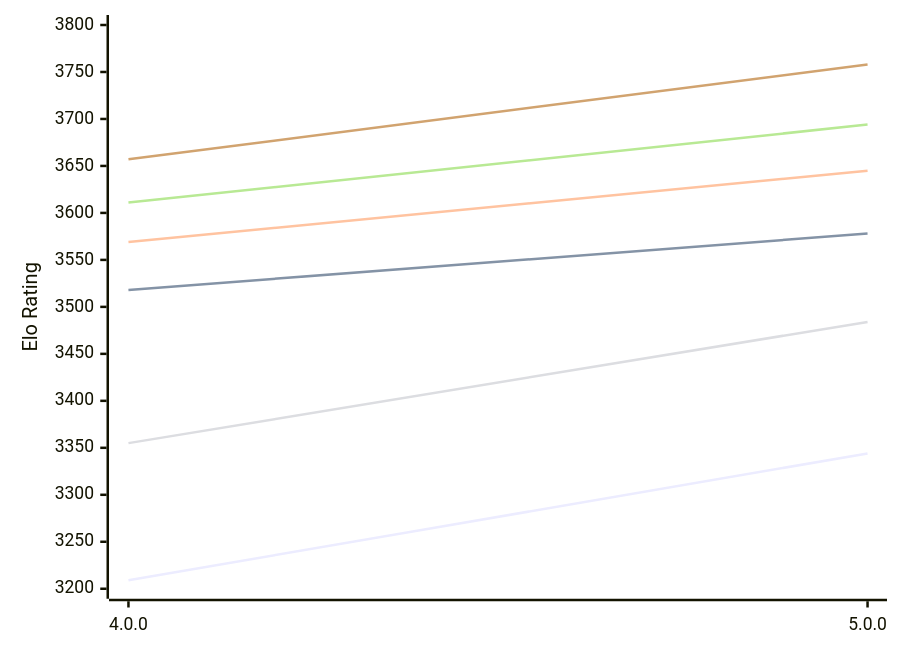
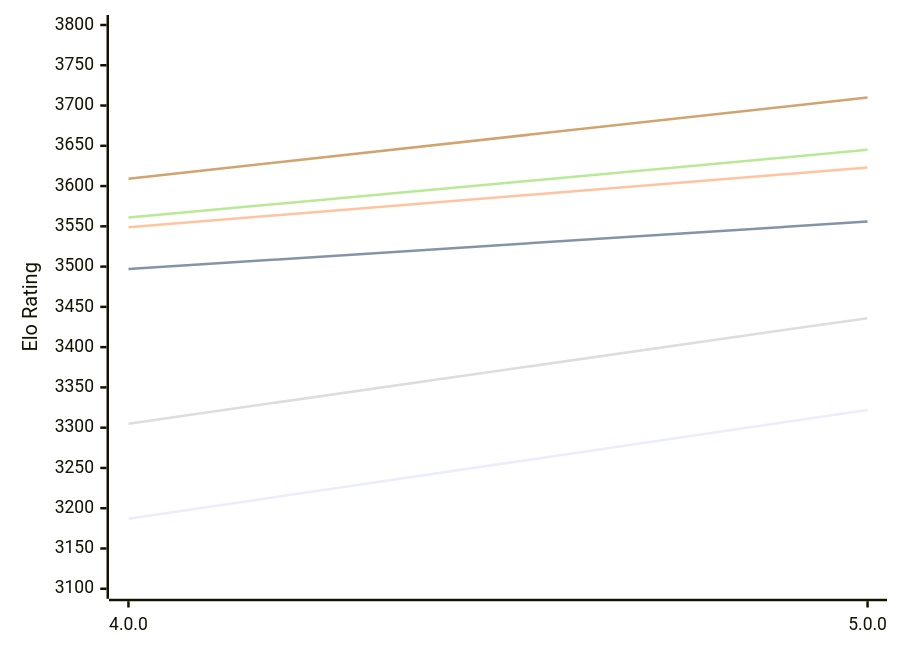
Before and after one commit to computer-chess-index/cci: the first of 2 diagrams in engines/Avalanche.md, drawn with Mermaid. The commit also changed other lines of this file, not shown here.

Commit message:
Update CCI Ratings (ELO VLTC) - 2026-11-08

````diff
--- a/engines/Avalanche.md
+++ b/engines/Avalanche.md
@@ -50,12 +50,12 @@
 ```mermaid
 %%{init: {"theme":"base","themeVariables":{"seriesColors:['#a3a3a3','#222221','#faa371']}}}%%
 xychart-beta
   x-axis ["4.0.0", "5.0.0"]
-  y-axis "Elo Rating" 3200 --> 3800
-  line "E1: STC (8.0+0.08s)" [3209, 3344]
-  line "E1: LTC (60.0+0.60s)" [3518, 3578]
-  line "E1: VLTC (2m24s+1.12s)" [3569, 3645]
-  line "P1: STC (8.0+0.08s)" [3355, 3484]
-  line "P1: LTC (60.0+0.60s)" [3611, 3694]
-  line "P1: VLTC (2m24s+1.12s)" [3657, 3758]
+  y-axis "Elo Rating" 3100 --> 3800
+  line "E1: STC (8.0+0.08s)" [3187, 3322]
+  line "E1: LTC (60.0+0.60s)" [3497, 3556]
+  line "E1: VLTC (2m24s+1.12s)" [3549, 3623]
+  line "P1: STC (8.0+0.08s)" [3305, 3436]
+  line "P1: LTC (60.0+0.60s)" [3561, 3645]
+  line "P1: VLTC (2m24s+1.12s)" [3609, 3710]
 ```
````
